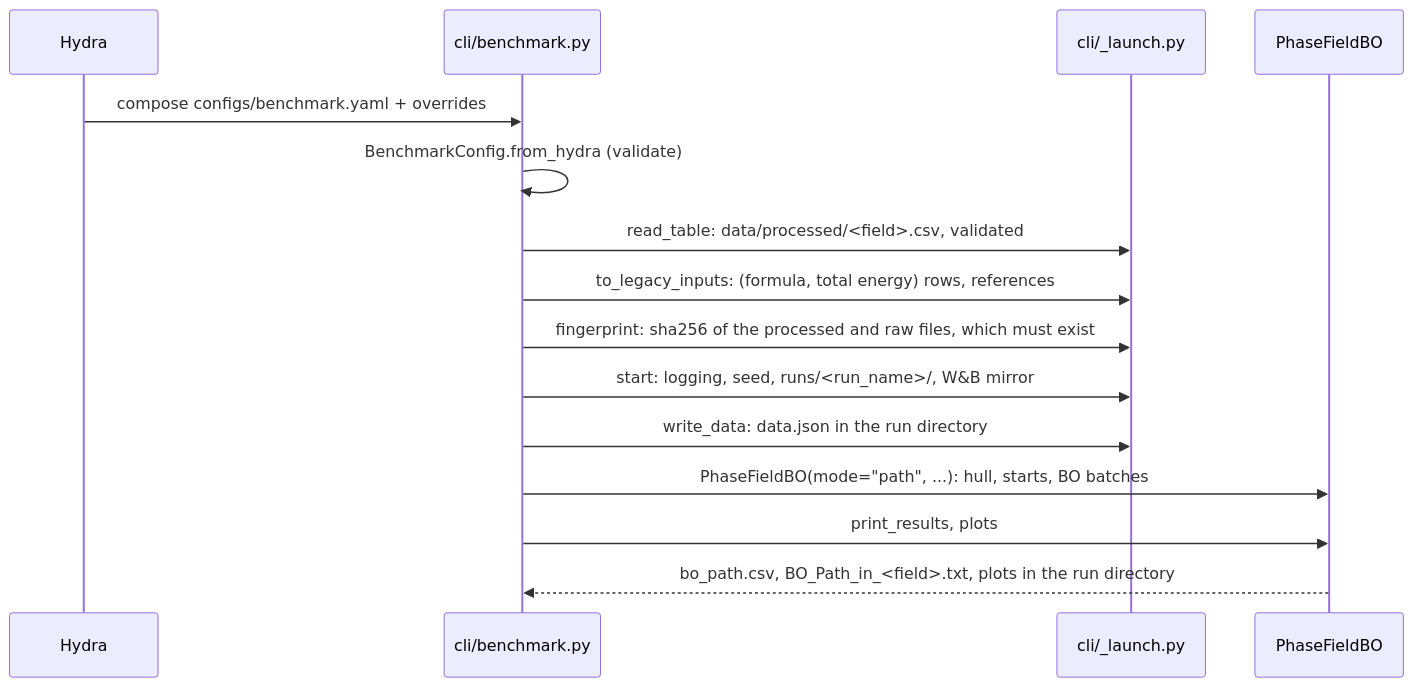
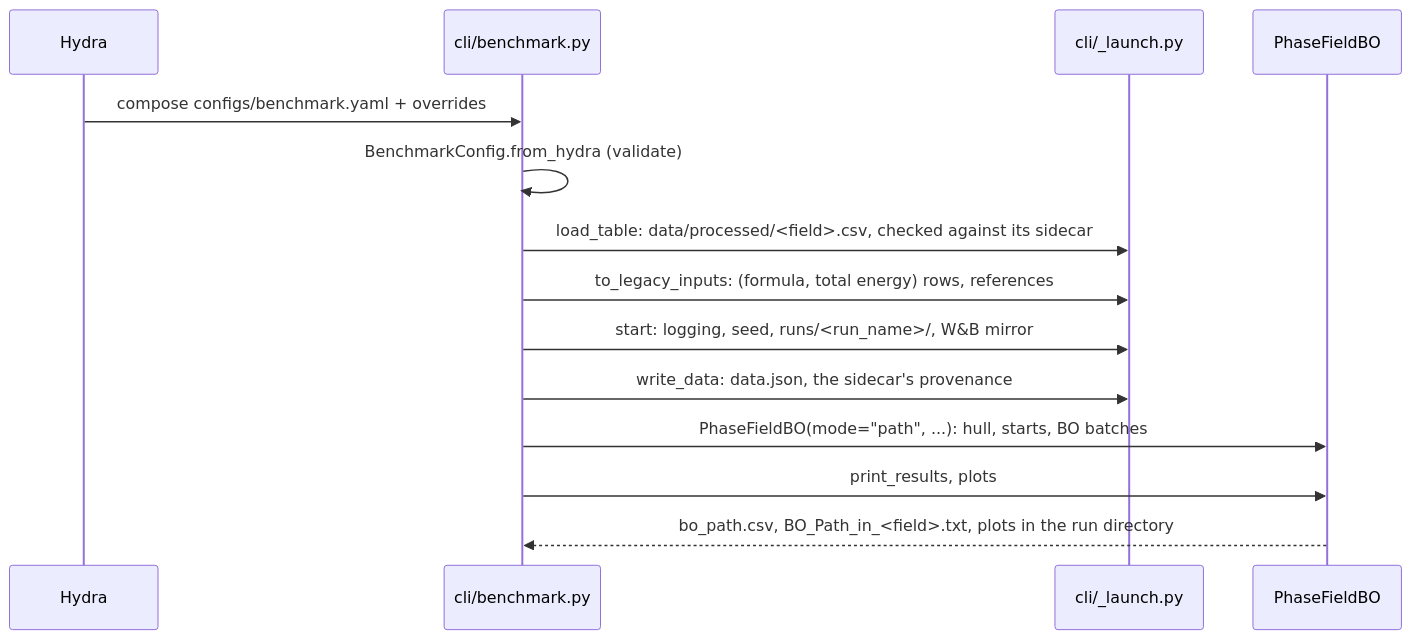
Before and after one commit to nuinashco/PhaseBO: the second of 2 diagrams in CONTRIBUTING.md, drawn with Mermaid. The commit also changed other lines of this file and 39 other files, not shown here.

Commit message:
refactor(data): move raw formats into one script per source

````diff
--- a/CONTRIBUTING.md
+++ b/CONTRIBUTING.md
@@ -56,17 +59,16 @@
 ```mermaid
 sequenceDiagram
     participant H as Hydra
     participant C as cli/benchmark.py
     participant L as cli/_launch.py
     participant B as PhaseFieldBO
     H->>C: compose configs/benchmark.yaml + overrides
     C->>C: BenchmarkConfig.from_hydra (validate)
-    C->>L: read_table: data/processed/<field>.csv, validated
+    C->>L: load_table: data/processed/<field>.csv, checked against its sidecar
     C->>L: to_legacy_inputs: (formula, total energy) rows, references
-    C->>L: fingerprint: sha256 of the processed and raw files, which must exist
     C->>L: start: logging, seed, runs/<run_name>/, W&B mirror
-    C->>L: write_data: data.json in the run directory
+    C->>L: write_data: data.json, the sidecar's provenance
     C->>B: PhaseFieldBO(mode="path", ...): hull, starts, BO batches
     C->>B: print_results, plots
     B-->>C: bo_path.csv, BO_Path_in_<field>.txt, plots in the run directory
 ```
````
